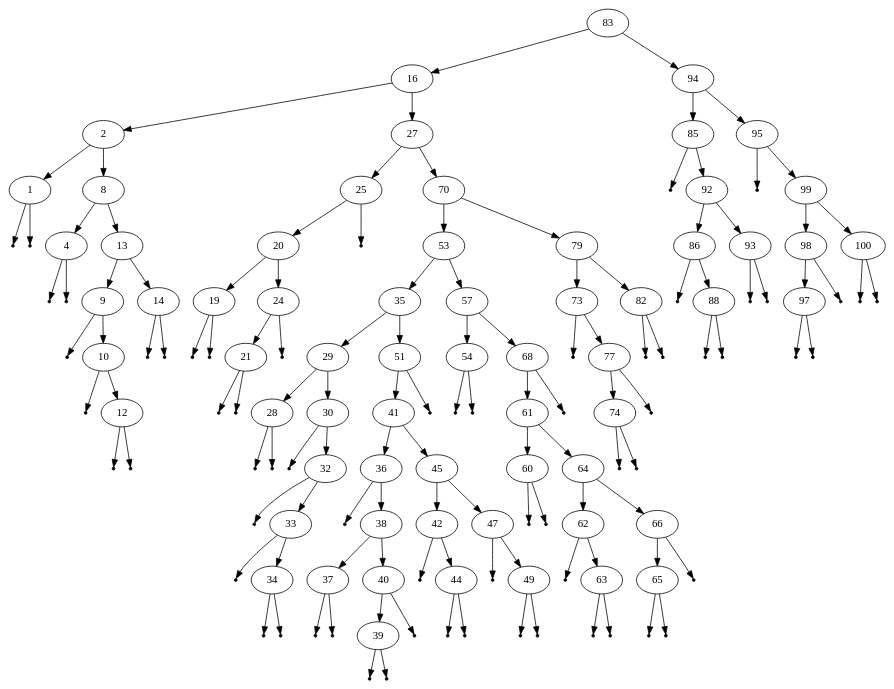
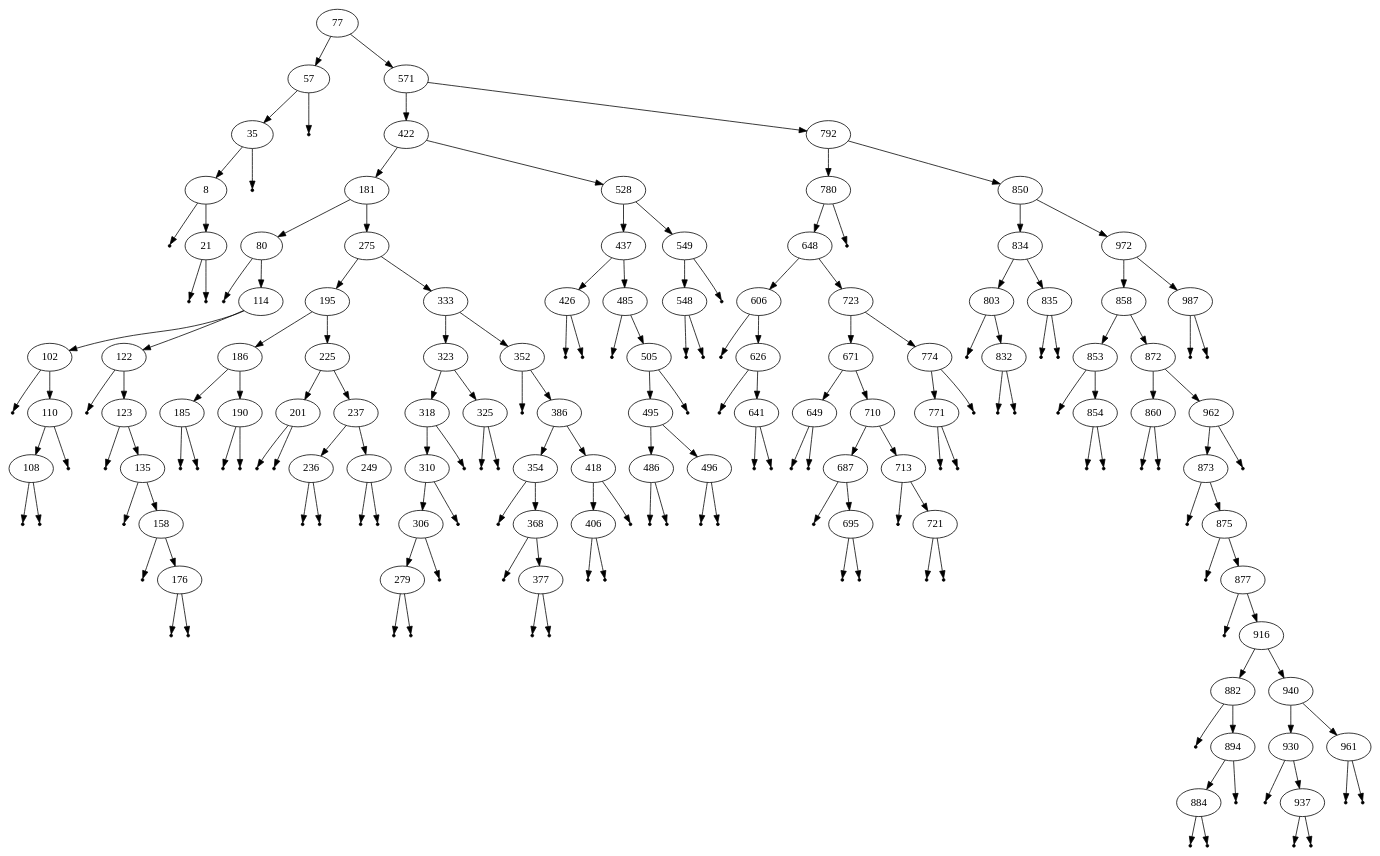
The diagram in examples/100_no_balance.dot (jnguyen1098/Tree-to-DOT), drawn with Graphviz before and after one commit. The commit also changed 12 other files, not shown here.

```diff
--- a/examples/100_no_balance.dot
+++ b/examples/100_no_balance.dot
@@ -1,196 +1,280 @@
 digraph G {
 	graph [ordering="out"];
-	"83" -> "16"
-	"83" -> "94"
-	"16" -> "2"
-	"16" -> "27"
-	"2" -> "1"
-	"2" -> "8"
+	"77" -> "57"
+	"77" -> "571"
+	"57" -> "35"
 	null0 [shape="point"]
-	"1" -> null0
+	"57" -> null0
+	"35" -> "8"
 	null1 [shape="point"]
-	"1" -> null1
-	"8" -> "4"
-	"8" -> "13"
+	"35" -> null1
 	null2 [shape="point"]
-	"4" -> null2
+	"8" -> null2
+	"8" -> "21"
 	null3 [shape="point"]
-	"4" -> null3
-	"13" -> "9"
-	"13" -> "14"
+	"21" -> null3
 	null4 [shape="point"]
-	"9" -> null4
-	"9" -> "10"
+	"21" -> null4
+	"571" -> "422"
+	"571" -> "792"
+	"422" -> "181"
+	"422" -> "528"
+	"181" -> "80"
+	"181" -> "275"
 	null5 [shape="point"]
-	"10" -> null5
-	"10" -> "12"
+	"80" -> null5
+	"80" -> "114"
+	"114" -> "102"
+	"114" -> "122"
 	null6 [shape="point"]
-	"12" -> null6
+	"102" -> null6
+	"102" -> "110"
+	"110" -> "108"
 	null7 [shape="point"]
-	"12" -> null7
+	"110" -> null7
 	null8 [shape="point"]
-	"14" -> null8
+	"108" -> null8
 	null9 [shape="point"]
-	"14" -> null9
-	"27" -> "25"
-	"27" -> "70"
-	"25" -> "20"
+	"108" -> null9
 	null10 [shape="point"]
-	"25" -> null10
-	"20" -> "19"
-	"20" -> "24"
+	"122" -> null10
+	"122" -> "123"
 	null11 [shape="point"]
-	"19" -> null11
+	"123" -> null11
+	"123" -> "135"
 	null12 [shape="point"]
-	"19" -> null12
-	"24" -> "21"
+	"135" -> null12
+	"135" -> "158"
 	null13 [shape="point"]
-	"24" -> null13
+	"158" -> null13
+	"158" -> "176"
 	null14 [shape="point"]
-	"21" -> null14
+	"176" -> null14
 	null15 [shape="point"]
-	"21" -> null15
-	"70" -> "53"
-	"70" -> "79"
-	"53" -> "35"
-	"53" -> "57"
-	"35" -> "29"
-	"35" -> "51"
-	"29" -> "28"
-	"29" -> "30"
+	"176" -> null15
+	"275" -> "195"
+	"275" -> "333"
+	"195" -> "186"
+	"195" -> "225"
+	"186" -> "185"
+	"186" -> "190"
 	null16 [shape="point"]
-	"28" -> null16
+	"185" -> null16
 	null17 [shape="point"]
-	"28" -> null17
+	"185" -> null17
 	null18 [shape="point"]
-	"30" -> null18
-	"30" -> "32"
+	"190" -> null18
 	null19 [shape="point"]
-	"32" -> null19
-	"32" -> "33"
+	"190" -> null19
+	"225" -> "201"
+	"225" -> "237"
 	null20 [shape="point"]
-	"33" -> null20
-	"33" -> "34"
+	"201" -> null20
 	null21 [shape="point"]
-	"34" -> null21
+	"201" -> null21
+	"237" -> "236"
+	"237" -> "249"
 	null22 [shape="point"]
-	"34" -> null22
-	"51" -> "41"
+	"236" -> null22
 	null23 [shape="point"]
-	"51" -> null23
-	"41" -> "36"
-	"41" -> "45"
+	"236" -> null23
 	null24 [shape="point"]
-	"36" -> null24
-	"36" -> "38"
-	"38" -> "37"
-	"38" -> "40"
+	"249" -> null24
 	null25 [shape="point"]
-	"37" -> null25
+	"249" -> null25
+	"333" -> "323"
+	"333" -> "352"
+	"323" -> "318"
+	"323" -> "325"
+	"318" -> "310"
 	null26 [shape="point"]
-	"37" -> null26
-	"40" -> "39"
+	"318" -> null26
+	"310" -> "306"
 	null27 [shape="point"]
-	"40" -> null27
+	"310" -> null27
+	"306" -> "279"
 	null28 [shape="point"]
-	"39" -> null28
+	"306" -> null28
 	null29 [shape="point"]
-	"39" -> null29
-	"45" -> "42"
-	"45" -> "47"
+	"279" -> null29
 	null30 [shape="point"]
-	"42" -> null30
-	"42" -> "44"
+	"279" -> null30
 	null31 [shape="point"]
-	"44" -> null31
+	"325" -> null31
 	null32 [shape="point"]
-	"44" -> null32
+	"325" -> null32
 	null33 [shape="point"]
-	"47" -> null33
-	"47" -> "49"
+	"352" -> null33
+	"352" -> "386"
+	"386" -> "354"
+	"386" -> "418"
 	null34 [shape="point"]
-	"49" -> null34
+	"354" -> null34
+	"354" -> "368"
 	null35 [shape="point"]
-	"49" -> null35
-	"57" -> "54"
-	"57" -> "68"
+	"368" -> null35
+	"368" -> "377"
 	null36 [shape="point"]
-	"54" -> null36
+	"377" -> null36
 	null37 [shape="point"]
-	"54" -> null37
-	"68" -> "61"
+	"377" -> null37
+	"418" -> "406"
 	null38 [shape="point"]
-	"68" -> null38
-	"61" -> "60"
-	"61" -> "64"
+	"418" -> null38
 	null39 [shape="point"]
-	"60" -> null39
+	"406" -> null39
 	null40 [shape="point"]
-	"60" -> null40
-	"64" -> "62"
-	"64" -> "66"
+	"406" -> null40
+	"528" -> "437"
+	"528" -> "549"
+	"437" -> "426"
+	"437" -> "485"
 	null41 [shape="point"]
-	"62" -> null41
-	"62" -> "63"
+	"426" -> null41
 	null42 [shape="point"]
-	"63" -> null42
+	"426" -> null42
 	null43 [shape="point"]
-	"63" -> null43
-	"66" -> "65"
+	"485" -> null43
+	"485" -> "505"
+	"505" -> "495"
 	null44 [shape="point"]
-	"66" -> null44
+	"505" -> null44
+	"495" -> "486"
+	"495" -> "496"
 	null45 [shape="point"]
-	"65" -> null45
+	"486" -> null45
 	null46 [shape="point"]
-	"65" -> null46
-	"79" -> "73"
-	"79" -> "82"
+	"486" -> null46
 	null47 [shape="point"]
-	"73" -> null47
-	"73" -> "77"
-	"77" -> "74"
+	"496" -> null47
 	null48 [shape="point"]
-	"77" -> null48
+	"496" -> null48
+	"549" -> "548"
 	null49 [shape="point"]
-	"74" -> null49
+	"549" -> null49
 	null50 [shape="point"]
-	"74" -> null50
+	"548" -> null50
 	null51 [shape="point"]
-	"82" -> null51
+	"548" -> null51
+	"792" -> "780"
+	"792" -> "850"
+	"780" -> "648"
 	null52 [shape="point"]
-	"82" -> null52
-	"94" -> "85"
-	"94" -> "95"
+	"780" -> null52
+	"648" -> "606"
+	"648" -> "723"
 	null53 [shape="point"]
-	"85" -> null53
-	"85" -> "92"
-	"92" -> "86"
-	"92" -> "93"
+	"606" -> null53
+	"606" -> "626"
 	null54 [shape="point"]
-	"86" -> null54
-	"86" -> "88"
+	"626" -> null54
+	"626" -> "641"
 	null55 [shape="point"]
-	"88" -> null55
+	"641" -> null55
 	null56 [shape="point"]
-	"88" -> null56
+	"641" -> null56
+	"723" -> "671"
+	"723" -> "774"
+	"671" -> "649"
+	"671" -> "710"
 	null57 [shape="point"]
-	"93" -> null57
+	"649" -> null57
 	null58 [shape="point"]
-	"93" -> null58
+	"649" -> null58
+	"710" -> "687"
+	"710" -> "713"
 	null59 [shape="point"]
-	"95" -> null59
-	"95" -> "99"
-	"99" -> "98"
-	"99" -> "100"
-	"98" -> "97"
+	"687" -> null59
+	"687" -> "695"
 	null60 [shape="point"]
-	"98" -> null60
+	"695" -> null60
 	null61 [shape="point"]
-	"97" -> null61
+	"695" -> null61
 	null62 [shape="point"]
-	"97" -> null62
+	"713" -> null62
+	"713" -> "721"
 	null63 [shape="point"]
-	"100" -> null63
+	"721" -> null63
 	null64 [shape="point"]
-	"100" -> null64
+	"721" -> null64
+	"774" -> "771"
+	null65 [shape="point"]
+	"774" -> null65
+	null66 [shape="point"]
+	"771" -> null66
+	null67 [shape="point"]
+	"771" -> null67
+	"850" -> "834"
+	"850" -> "972"
+	"834" -> "803"
+	"834" -> "835"
+	null68 [shape="point"]
+	"803" -> null68
+	"803" -> "832"
+	null69 [shape="point"]
+	"832" -> null69
+	null70 [shape="point"]
+	"832" -> null70
+	null71 [shape="point"]
+	"835" -> null71
+	null72 [shape="point"]
+	"835" -> null72
+	"972" -> "858"
+	"972" -> "987"
+	"858" -> "853"
+	"858" -> "872"
+	null73 [shape="point"]
+	"853" -> null73
+	"853" -> "854"
+	null74 [shape="point"]
+	"854" -> null74
+	null75 [shape="point"]
+	"854" -> null75
+	"872" -> "860"
+	"872" -> "962"
+	null76 [shape="point"]
+	"860" -> null76
+	null77 [shape="point"]
+	"860" -> null77
+	"962" -> "873"
+	null78 [shape="point"]
+	"962" -> null78
+	null79 [shape="point"]
+	"873" -> null79
+	"873" -> "875"
+	null80 [shape="point"]
+	"875" -> null80
+	"875" -> "877"
+	null81 [shape="point"]
+	"877" -> null81
+	"877" -> "916"
+	"916" -> "882"
+	"916" -> "940"
+	null82 [shape="point"]
+	"882" -> null82
+	"882" -> "894"
+	"894" -> "884"
+	null83 [shape="point"]
+	"894" -> null83
+	null84 [shape="point"]
+	"884" -> null84
+	null85 [shape="point"]
+	"884" -> null85
+	"940" -> "930"
+	"940" -> "961"
+	null86 [shape="point"]
+	"930" -> null86
+	"930" -> "937"
+	null87 [shape="point"]
+	"937" -> null87
+	null88 [shape="point"]
+	"937" -> null88
+	null89 [shape="point"]
+	"961" -> null89
+	null90 [shape="point"]
+	"961" -> null90
+	null91 [shape="point"]
+	"987" -> null91
+	null92 [shape="point"]
+	"987" -> null92
 }
```
